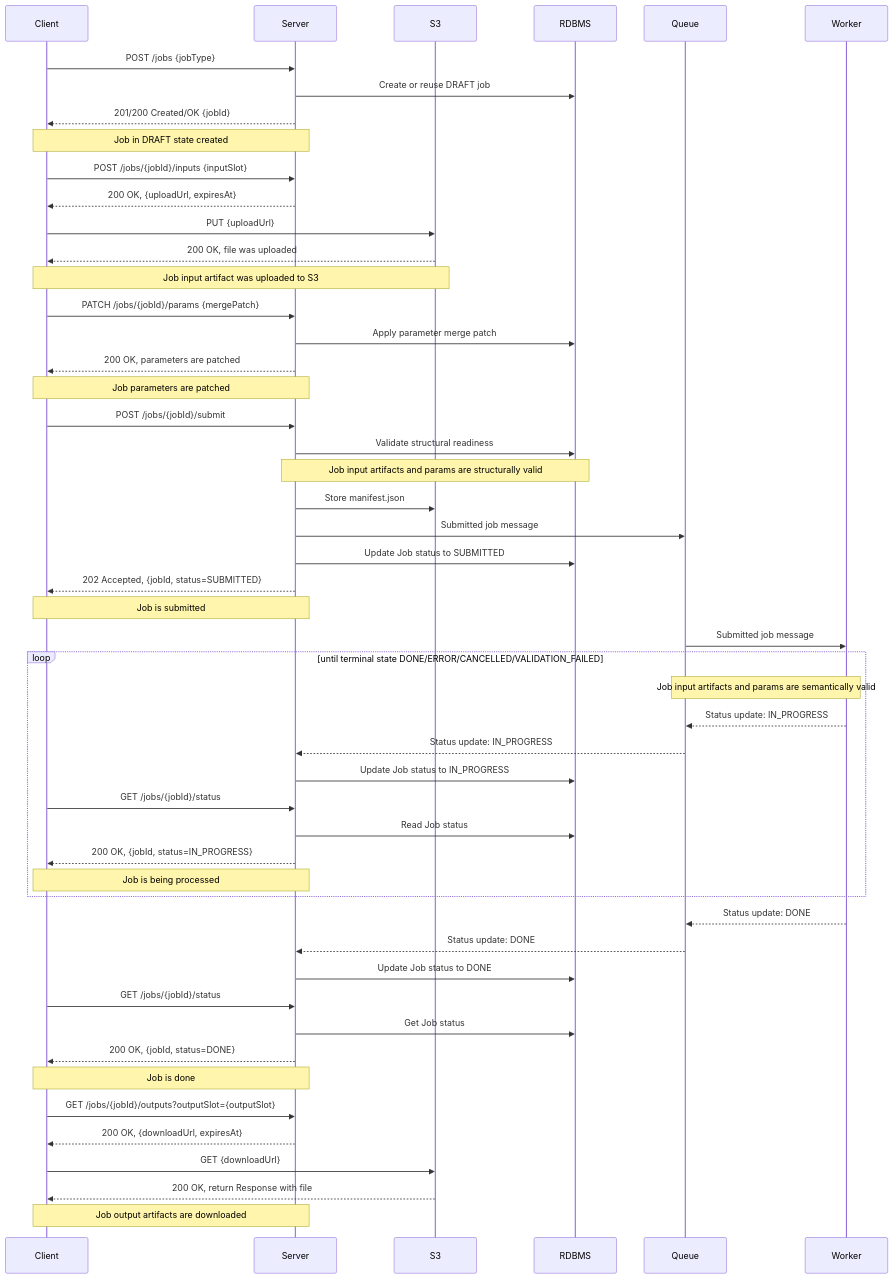
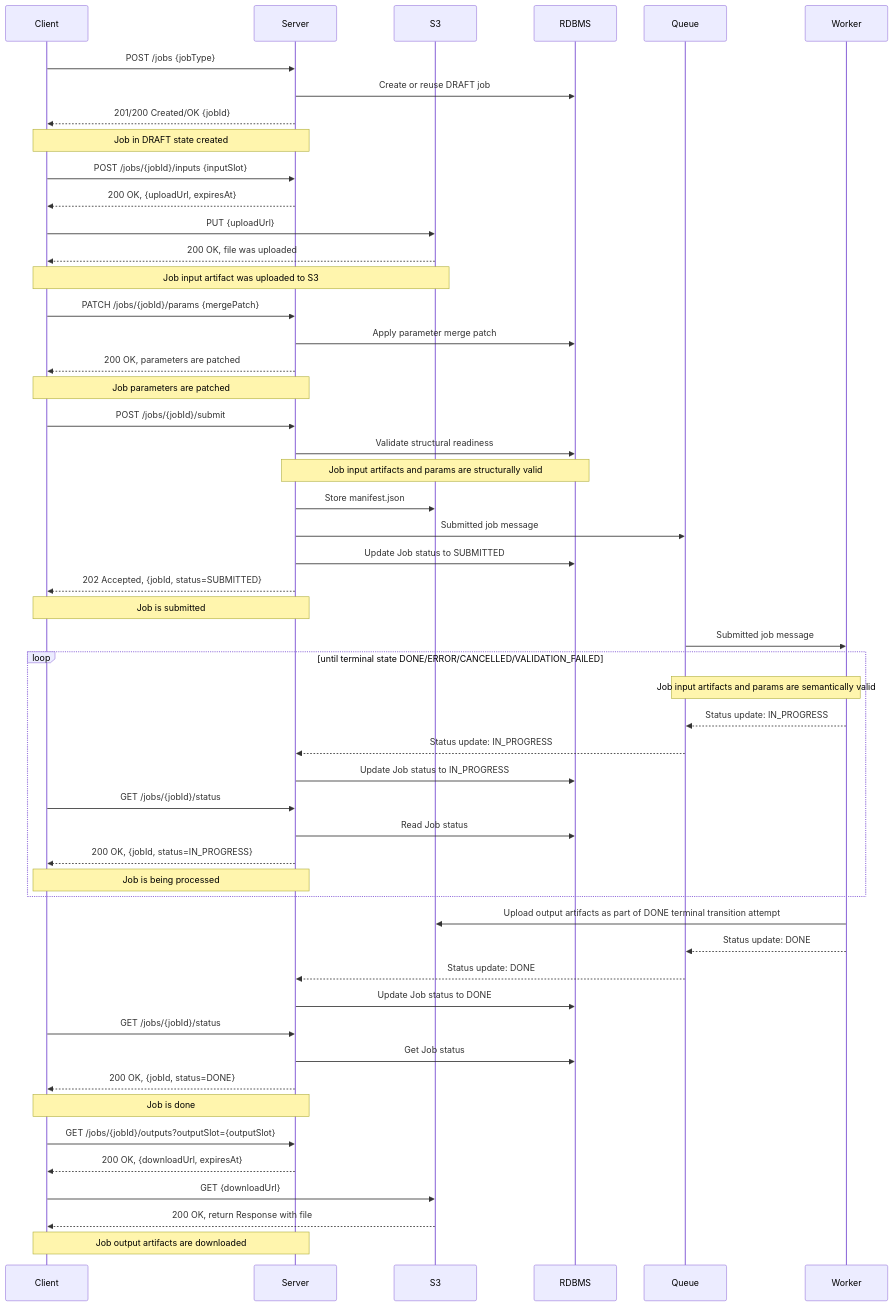
One commit to oleksiy-sayankin/mdds changed the second of 2 diagrams in ARCHITECTURE.md. Above: the diagram before and after it, drawn with Mermaid. The commit also changed other lines of this file, not shown here.

First line of the commit message:
MDDS-434 Specify Worker Runtime job state transition coordination contract

````diff
--- a/ARCHITECTURE.md
+++ b/ARCHITECTURE.md
@@ -205,57 +218,58 @@
 ```mermaid
 sequenceDiagram
     participant Client
     participant Server
     participant S3
     participant RDBMS
     participant Queue
     participant Worker
     Client->>Server: POST /jobs {jobType}
     Server->>RDBMS: Create or reuse DRAFT job
     Server-->>Client: 201/200 Created/OK {jobId}
     Note over Client, Server: Job in DRAFT state created
     Client->>Server: POST /jobs/{jobId}/inputs {inputSlot}
     Server-->>Client: 200 OK, {uploadUrl, expiresAt}
     Client->>S3: PUT {uploadUrl}
     S3-->>Client: 200 OK, file was uploaded
     Note over Client, S3: Job input artifact was uploaded to S3
     Client->>Server: PATCH /jobs/{jobId}/params {mergePatch}
     Server->>RDBMS: Apply parameter merge patch
     Server-->>Client: 200 OK, parameters are patched
     Note over Client, Server: Job parameters are patched
     Client->>Server: POST /jobs/{jobId}/submit
     Server ->> RDBMS: Validate structural readiness
     Note over Server, RDBMS: Job input artifacts and params are structurally valid
     Server->>S3: Store manifest.json
     Server->>Queue: Submitted job message
     Server->>RDBMS: Update Job status to SUBMITTED
     Server-->>Client: 202 Accepted, {jobId, status=SUBMITTED}
     Note over Client, Server: Job is submitted
     
     Queue->>Worker: Submitted job message
     
     loop until terminal state DONE/ERROR/CANCELLED/VALIDATION_FAILED
        Note over Queue, Worker: Job input artifacts and params are semantically valid
        Worker-->>Queue: Status update: IN_PROGRESS
        Queue-->>Server: Status update: IN_PROGRESS
        Server->>RDBMS: Update Job status to IN_PROGRESS
 
        Client->>Server: GET /jobs/{jobId}/status
        Server->>RDBMS: Read Job status
        Server-->>Client: 200 OK, {jobId, status=IN_PROGRESS}
        
        Note over Client, Server: Job is being processed
     end
+    Worker->>S3: Upload output artifacts as part of DONE terminal transition attempt
     Worker-->>Queue: Status update: DONE
     Queue-->>Server: Status update: DONE
     Server->>RDBMS: Update Job status to DONE
     Client->>Server: GET /jobs/{jobId}/status
     Server->>RDBMS: Get Job status
     Server-->>Client: 200 OK, {jobId, status=DONE}
     Note over Client, Server: Job is done
     Client->>Server: GET /jobs/{jobId}/outputs?outputSlot={outputSlot}
     Server-->>Client: 200 OK, {downloadUrl, expiresAt}
     Client->>S3: GET {downloadUrl}
     S3-->>Client: 200 OK, return Response with file
     Note over Client, Server: Job output artifacts are downloaded
 ```
````
